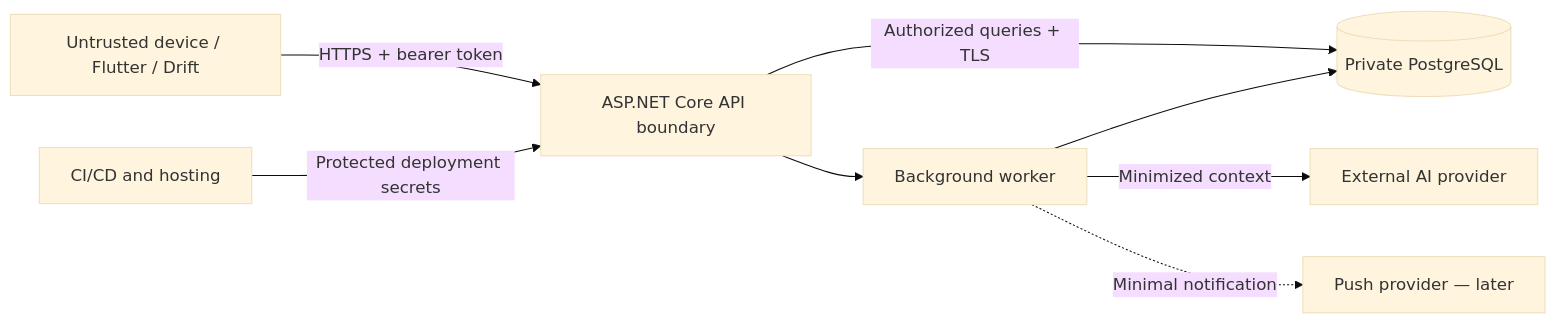
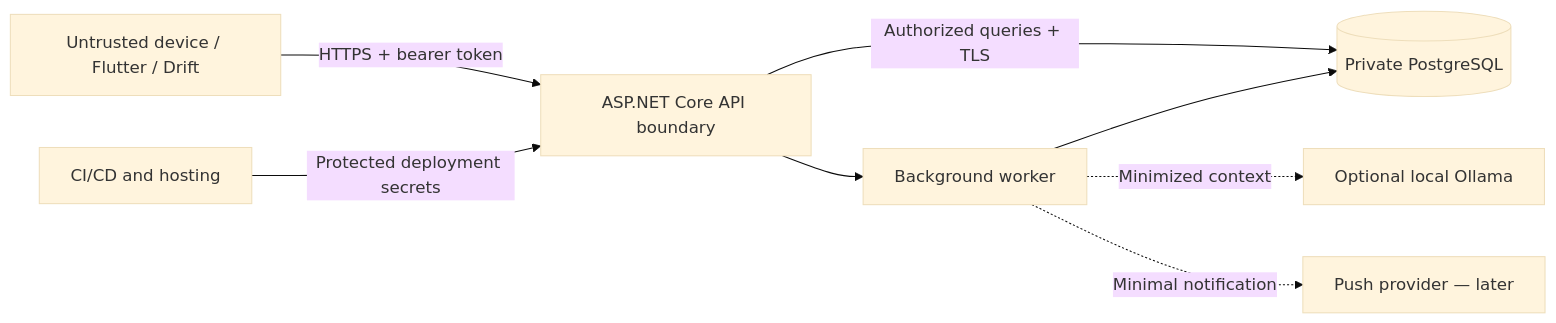
Before and after one commit to rajul-bhatnagar/parallel-world: the first of 9 diagrams in docs/architecture/SECURITY.md, drawn with Mermaid (base theme). The commit also changed other lines of this file and 6 other files, not shown here.

````diff
--- a/docs/architecture/SECURITY.md
+++ b/docs/architecture/SECURITY.md
@@ -38,10 +38,10 @@
 ```mermaid
 flowchart LR
     D["Untrusted device / Flutter / Drift"] -->|"HTTPS + bearer token"| A["ASP.NET Core API boundary"]
     A -->|"Authorized queries + TLS"| P[("Private PostgreSQL")]
     A --> W["Background worker"]
     W --> P
-    W -->|"Minimized context"| AI["External AI provider"]
+    W -.->|"Minimized context"| AI["Optional local Ollama"]
     W -.->|"Minimal notification"| PUSH["Push provider — later"]
     CI["CI/CD and hosting"] -->|"Protected deployment secrets"| A
 ```
````
